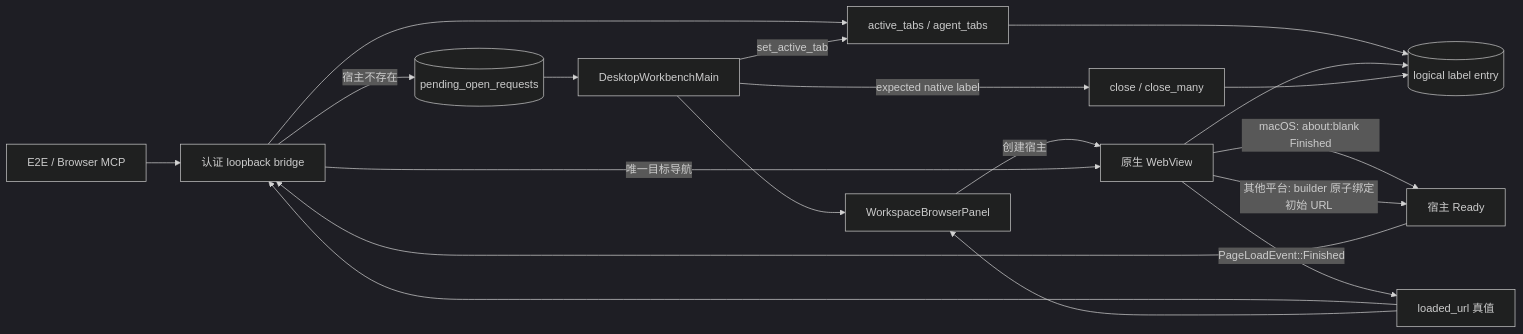
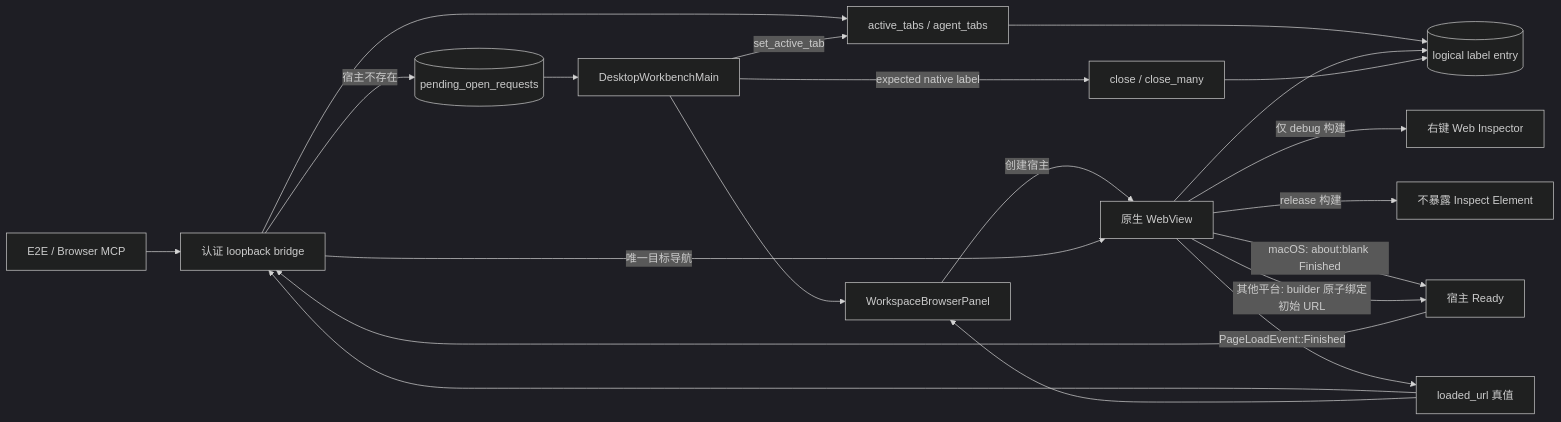
One commit to wecode-ai/Wegent changed the first of 2 diagrams in docs/zh/architecture/embedded-browser.md. Above: the diagram before and after it, drawn with Mermaid (dark theme). The commit also changed other lines of this file and 6 other files, not shown here.

````diff
--- a/docs/zh/architecture/embedded-browser.md
+++ b/docs/zh/architecture/embedded-browser.md
@@ -9,21 +9,23 @@
 ```mermaid
 flowchart LR
     CALLER[E2E / Browser MCP] --> BRIDGE[认证 loopback bridge]
     BRIDGE --> ROUTE[active_tabs / agent_tabs]
     ROUTE --> ENTRY[(logical label entry)]
     BRIDGE -->|宿主不存在| PENDING[(pending_open_requests)]
     PENDING --> MAIN[DesktopWorkbenchMain]
     MAIN --> PANEL[WorkspaceBrowserPanel]
     PANEL -->|创建宿主| WEBVIEW[原生 WebView]
     WEBVIEW --> ENTRY
+    WEBVIEW -->|仅 debug 构建| INSPECTOR[右键 Web Inspector]
+    WEBVIEW -->|release 构建| NOINSPECTOR[不暴露 Inspect Element]
     WEBVIEW -->|macOS: about:blank Finished| READY[宿主 Ready]
     WEBVIEW -->|其他平台: builder 原子绑定初始 URL| READY
     READY --> BRIDGE
     BRIDGE -->|唯一目标导航| WEBVIEW
     WEBVIEW -->|PageLoadEvent::Finished| LOADED[loaded_url 真值]
     LOADED --> BRIDGE
     LOADED --> PANEL
     MAIN -->|set_active_tab| ROUTE
     MAIN -->|expected native label| CLOSE[close / close_many]
     CLOSE --> ENTRY
 ```
````
